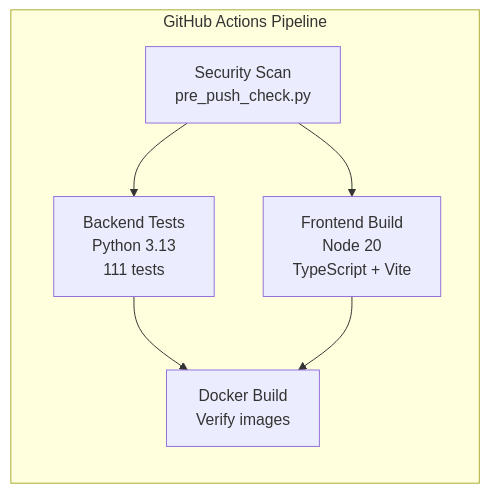
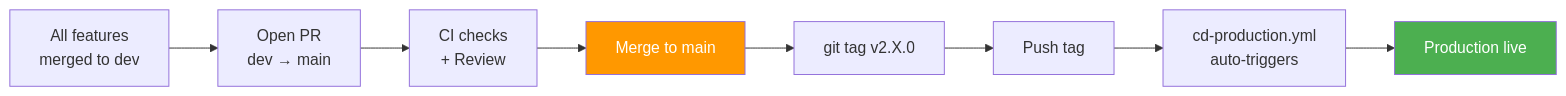
One commit to AtharvS7/PredictIQ changed diagram 15 of 15 in docs/walkthrough.md. Above: the diagram before and after it, drawn with Mermaid. The commit also changed other lines of this file and 3 other files, not shown here.

````diff
--- a/docs/walkthrough.md
+++ b/docs/walkthrough.md
@@ -979,9 +1411,13 @@
 ```mermaid
 flowchart LR
-    subgraph CI["GitHub Actions Pipeline"]
-        A["Security Scan<br/>pre_push_check.py"] --> B["Backend Tests<br/>Python 3.13<br/>111 tests"]
-        A --> C["Frontend Build<br/>Node 20<br/>TypeScript + Vite"]
-        B --> D["Docker Build<br/>Verify images"]
-        C --> D
-    end
+    A["All features\nmerged to dev"] --> B["Open PR\ndev → main"]
+    B --> C["CI checks\n+ Review"]
+    C --> D["Merge to main"]
+    D --> E["git tag v2.X.0"]
+    E --> F["Push tag"]
+    F --> G["cd-production.yml\nauto-triggers"]
+    G --> H["Production live"]
+
+    style D fill:#FF9800,color:#fff
+    style H fill:#4CAF50,color:#fff
 ```
````
